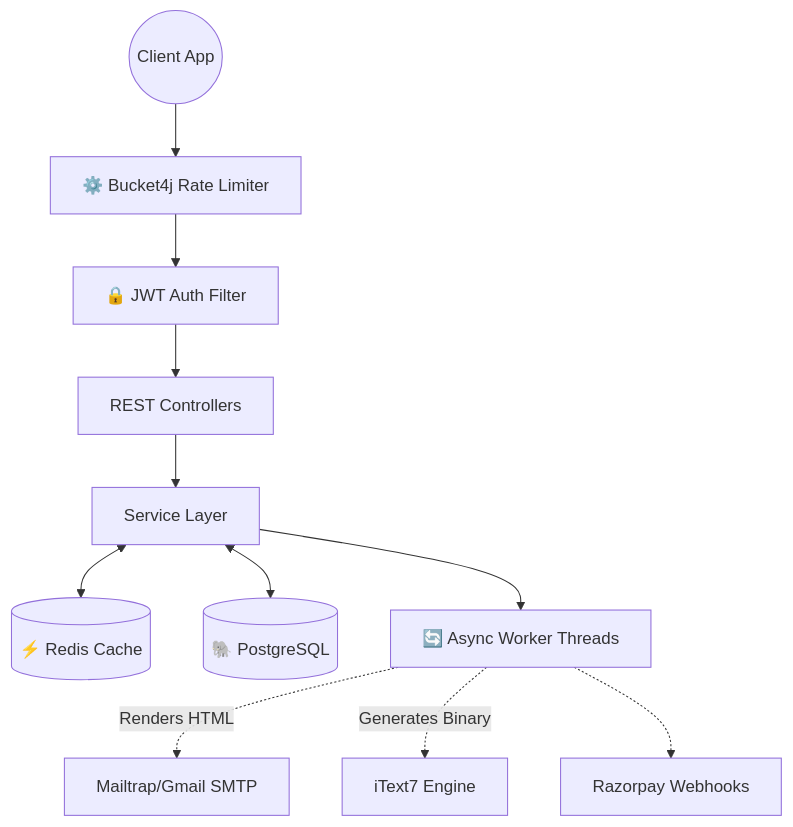
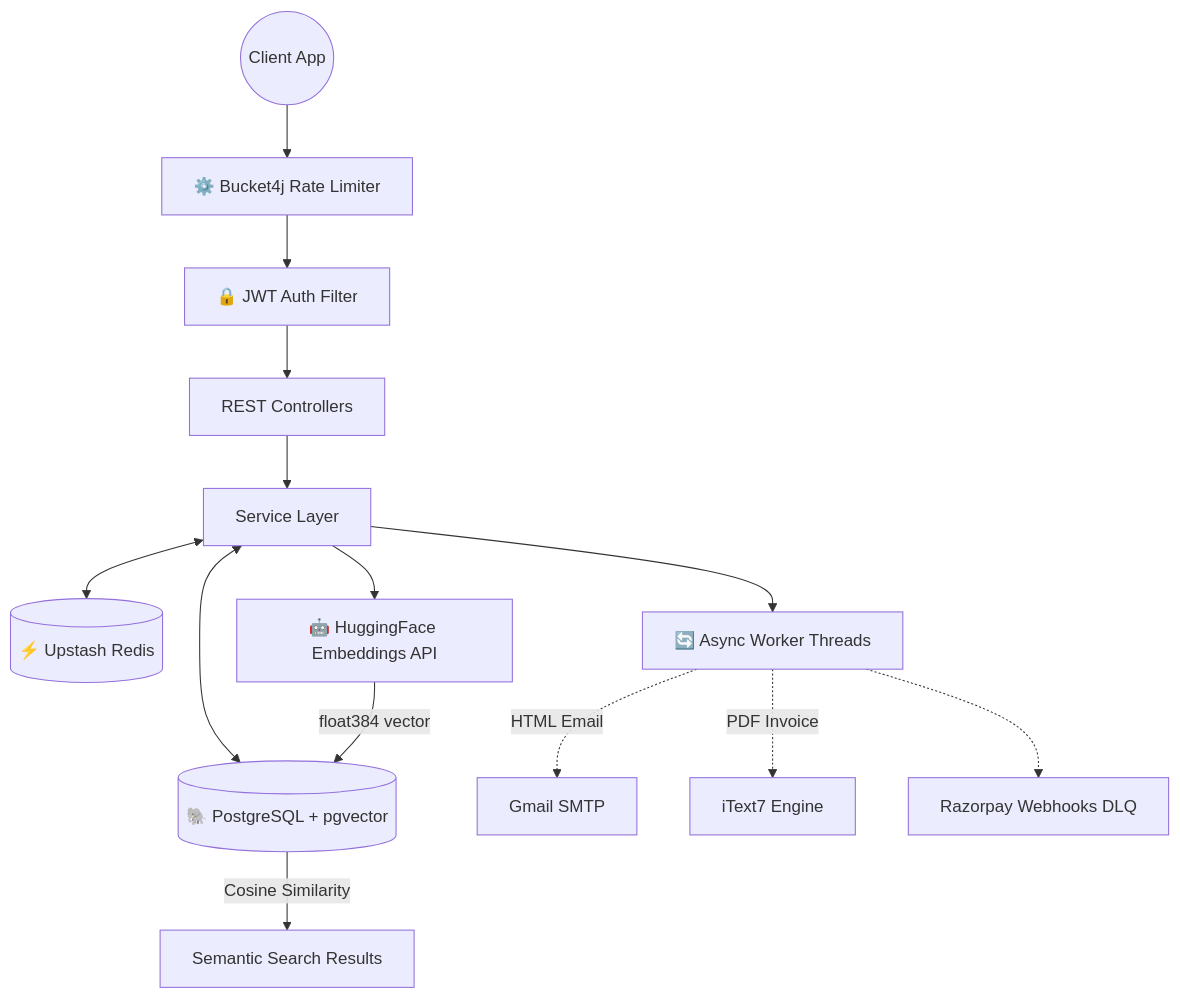
One commit to manish5200/CognitoCart changed the diagram in README.md. Above: the diagram before and after it, drawn with Mermaid. The commit also changed other lines of this file and 16 other files, not shown here.

````diff
--- a/README.md
+++ b/README.md
@@ -75,16 +120,20 @@
 ```mermaid
 graph TD
     Client((Client App)) --> RL[⚙️ Bucket4j Rate Limiter]
     RL --> JWT[🔒 JWT Auth Filter]
     JWT --> API[REST Controllers]
-    
+
     API --> SVC[Service Layer]
-    
-    SVC <--> Cache[(⚡ Redis Cache)]
-    SVC <--> DB[(🐘 PostgreSQL)]
+
+    SVC <--> Cache[(⚡ Upstash Redis)]
+    SVC <--> DB[(🐘 PostgreSQL + pgvector)]
+    SVC --> AI[🤖 HuggingFace Embeddings API]
     SVC --> ASYNC[🔄 Async Worker Threads]
-    
-    ASYNC -.->|Renders HTML| Email[Mailtrap/Gmail SMTP]
-    ASYNC -.->|Generates Binary| PDF[iText7 Engine]
-    ASYNC -.-> Webhook[Razorpay Webhooks]
+
+    AI -->|float384 vector| DB
+    DB -->|Cosine Similarity| SEARCH[Semantic Search Results]
+
+    ASYNC -.->|HTML Email| Email[Gmail SMTP]
+    ASYNC -.->|PDF Invoice| PDF[iText7 Engine]
+    ASYNC -.-> Webhook[Razorpay Webhooks DLQ]
 ```
````
